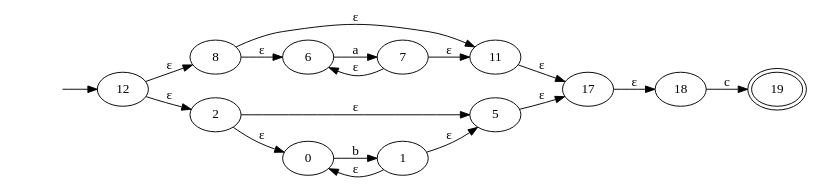
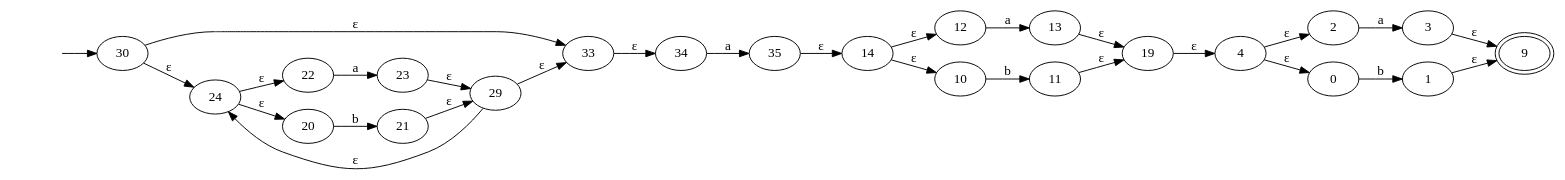
One commit to JuanDiegoAvila/Laboratorio_Compiladores changed the diagram in test-output/round-table.gv. Above: the diagram before and after it, drawn with Graphviz. The commit also changed 5 other files, not shown here.

```diff
--- a/test-output/round-table.gv
+++ b/test-output/round-table.gv
@@ -1,33 +1,53 @@
 digraph {
 	graph [rankdir=LR]
 	inicio [label="" shape=none]
+	30
+	inicio -> 30
+	30 -> 33 [label="ε"]
+	30 -> 24 [label="ε"]
+	33
+	33 -> 34 [label="ε"]
+	24
+	24 -> 22 [label="ε"]
+	24 -> 20 [label="ε"]
+	34
+	34 -> 35 [label=a]
+	22
+	22 -> 23 [label=a]
+	20
+	20 -> 21 [label=b]
+	35
+	35 -> 14 [label="ε"]
+	23
+	23 -> 29 [label="ε"]
+	21
+	21 -> 29 [label="ε"]
+	14
+	14 -> 12 [label="ε"]
+	14 -> 10 [label="ε"]
+	29
+	29 -> 24 [label="ε"]
+	29 -> 33 [label="ε"]
 	12
-	inicio -> 12
-	12 -> 8 [label="ε"]
-	12 -> 2 [label="ε"]
-	8
-	8 -> 11 [label="ε"]
-	8 -> 6 [label="ε"]
+	12 -> 13 [label=a]
+	10
+	10 -> 11 [label=b]
+	13
+	13 -> 19 [label="ε"]
+	11
+	11 -> 19 [label="ε"]
+	19
+	19 -> 4 [label="ε"]
+	4
+	4 -> 2 [label="ε"]
+	4 -> 0 [label="ε"]
 	2
-	2 -> 5 [label="ε"]
-	2 -> 0 [label="ε"]
-	11
-	11 -> 17 [label="ε"]
-	6
-	6 -> 7 [label=a]
-	5
-	5 -> 17 [label="ε"]
+	2 -> 3 [label=a]
 	0
 	0 -> 1 [label=b]
-	17
-	17 -> 18 [label="ε"]
-	7
-	7 -> 6 [label="ε"]
-	7 -> 11 [label="ε"]
+	3
+	3 -> 9 [label="ε"]
 	1
-	1 -> 0 [label="ε"]
-	1 -> 5 [label="ε"]
-	18
-	18 -> 19 [label=c]
-	19 [peripheries=2]
+	1 -> 9 [label="ε"]
+	9 [peripheries=2]
 }
```
